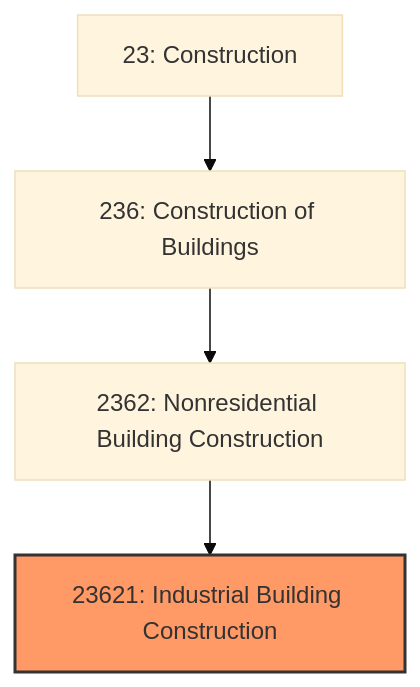
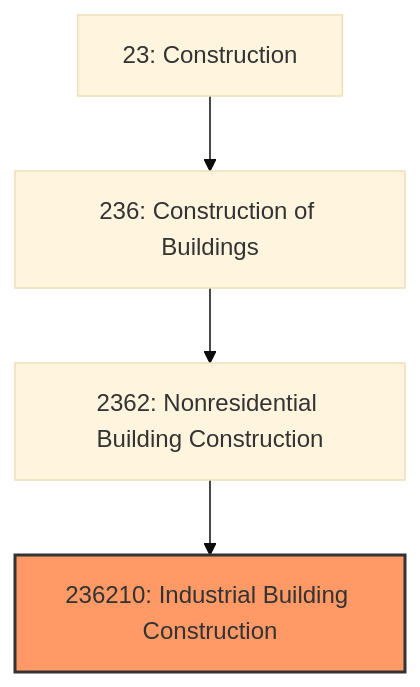
One commit to kziemski/business.org.ai changed the first of 3 diagrams in industries/Construction/ConstructionOfBuildings/NonresidentialBuildingConstruction/IndustrialBuildingConstruction.mdx. Above: the diagram before and after it, drawn with Mermaid (base theme). The commit also changed other lines of this file and 67 other files, not shown here.

````diff
--- a/industries/Construction/ConstructionOfBuildings/NonresidentialBuildingConstruction/IndustrialBuildingConstruction.mdx
+++ b/industries/Construction/ConstructionOfBuildings/NonresidentialBuildingConstruction/IndustrialBuildingConstruction.mdx
@@ -20,8 +35,8 @@
 ```mermaid
 graph TD
     S23["23: Construction"]
     S23 --> N236["236: Construction of Buildings"]
     N236 --> N2362["2362: Nonresidential Building Construction"]
-    N2362 --> N23621["23621: Industrial Building Construction"]
-    style N23621 fill:#f96,stroke:#333,stroke-width:2px
+    N2362 --> N236210["236210: Industrial Building Construction"]
+    style N236210 fill:#f96,stroke:#333,stroke-width:2px
 ```
````
